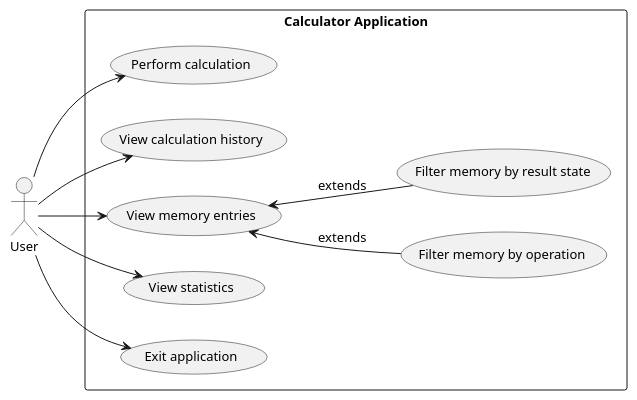
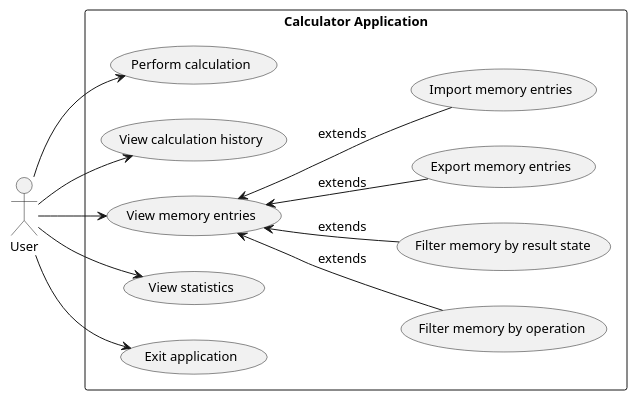
One commit to DanielRiha8906/Software_autoevolution_using_agents changed the diagram in experiments/supervisor_as_tools/user_stories/calculator/artifacts/use_case_diagram.puml. Above: the diagram before and after it, drawn with PlantUML. The commit also changed 10 other files, not shown here.

First line of the commit message:
task 07 | supervisor_as_tools / user_stories / calculator | export/import history to JSON

```diff
--- a/experiments/supervisor_as_tools/user_stories/calculator/artifacts/use_case_diagram.puml
+++ b/experiments/supervisor_as_tools/user_stories/calculator/artifacts/use_case_diagram.puml
@@ -1,28 +1,32 @@
 @startuml use_case_diagram
 
 skinparam defaultFontSize 13
 
 left to right direction
 
 actor User
 
 rectangle "Calculator Application" {
     usecase "Perform calculation" as UC_Calc
     usecase "View calculation history" as UC_History
     usecase "View memory entries" as UC_Memory
     usecase "Filter memory by operation" as UC_FilterOp
     usecase "Filter memory by result state" as UC_FilterSuccess
+    usecase "Export memory entries" as UC_Export
+    usecase "Import memory entries" as UC_Import
     usecase "View statistics" as UC_Stats
     usecase "Exit application" as UC_Exit
 
 }
 
 User --> UC_Calc
 User --> UC_History
 User --> UC_Memory
 UC_Memory <-- UC_FilterOp : extends
 UC_Memory <-- UC_FilterSuccess : extends
+UC_Memory <-- UC_Export : extends
+UC_Memory <-- UC_Import : extends
 User --> UC_Stats
 User --> UC_Exit
 
 @enduml
```
